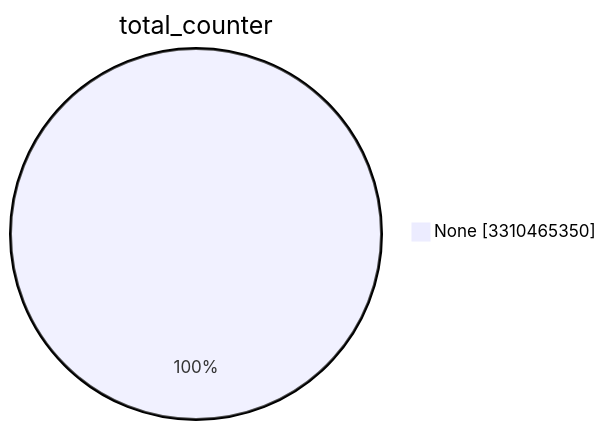
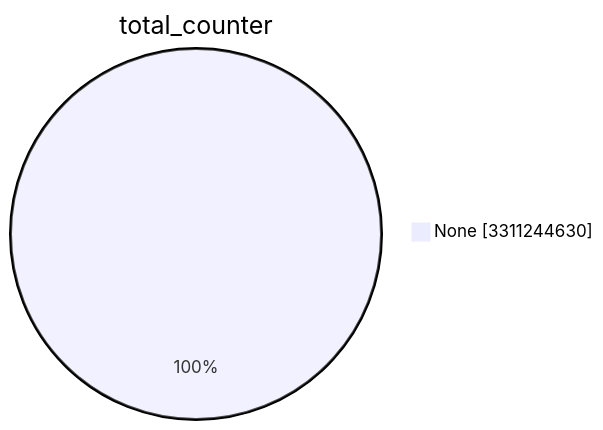
The first of 15 diagrams in TOTAL/README.md (christiankrug/ctmonitor_visualization), drawn with Mermaid before and after one commit. The commit also changed other lines of this file, not shown here.

````diff
--- a/TOTAL/README.md
+++ b/TOTAL/README.md
@@ -1,5 +1,5 @@
 ```mermaid
 pie showData
 title total_counter
-"None" :3310465350
+"None" :3311244630
 ```
````
